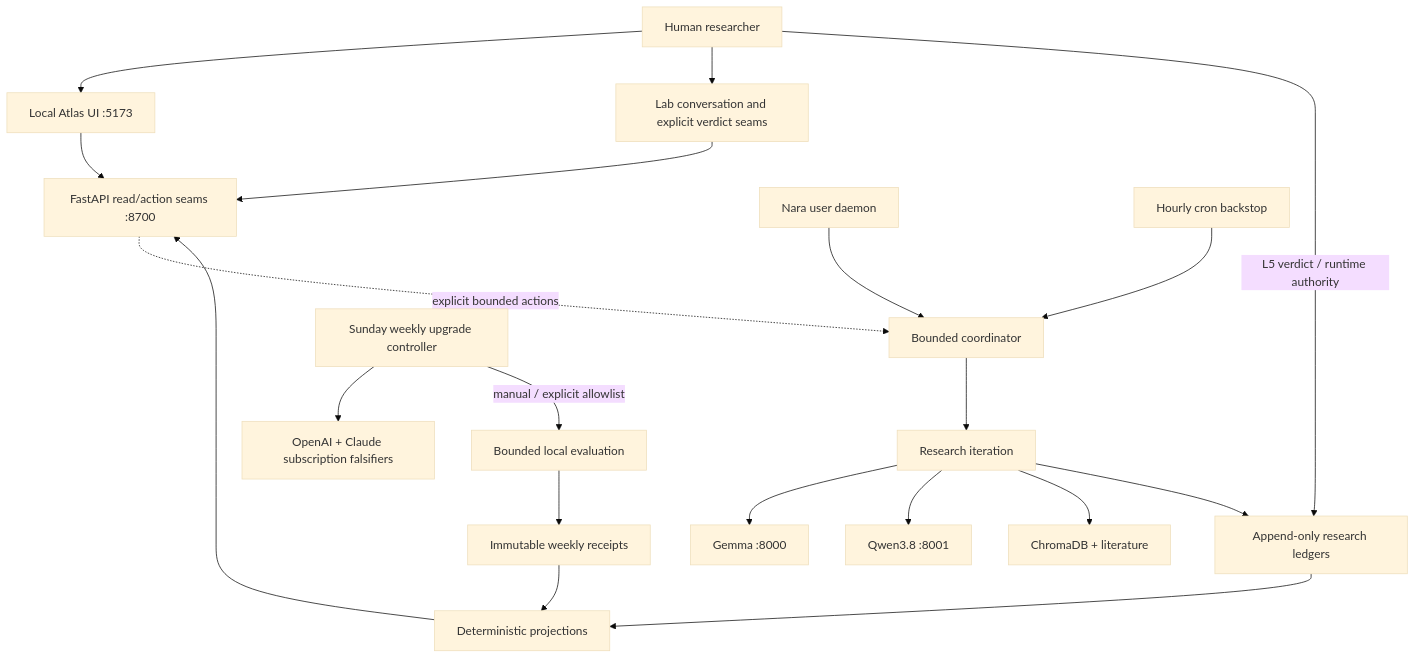
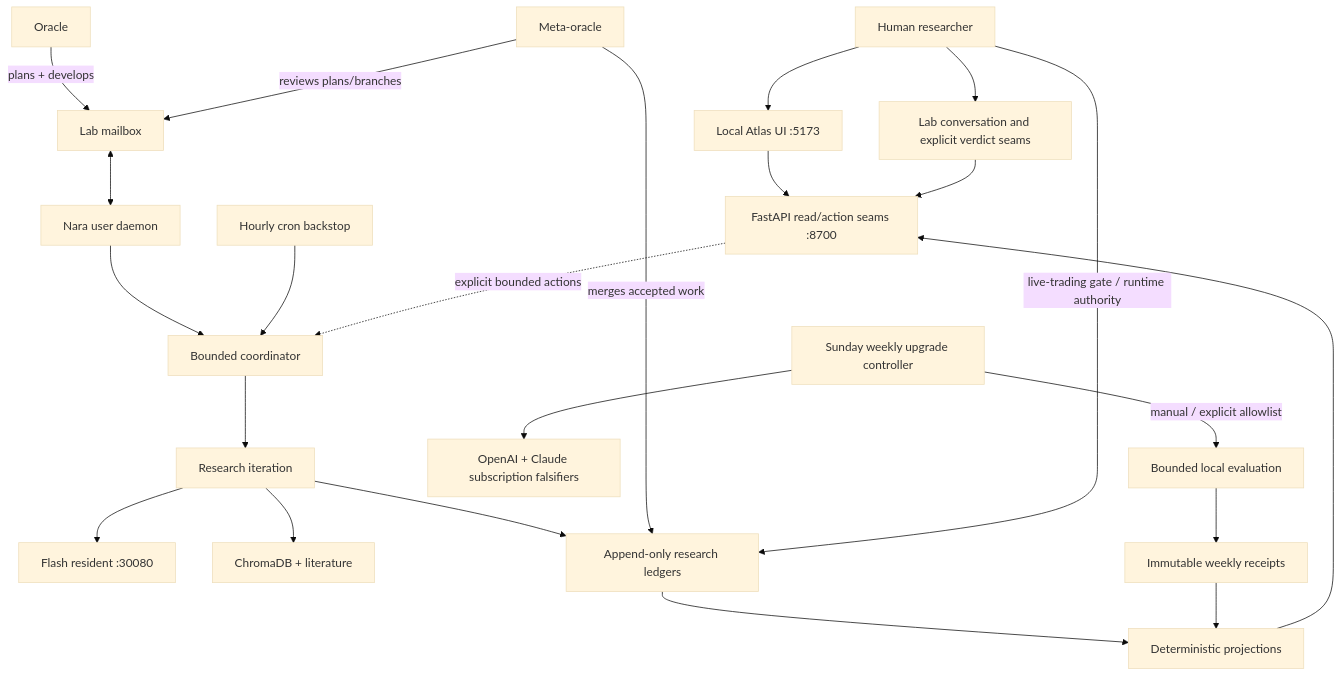
One commit to decross1/a_bgt_rsi changed the first of 3 diagrams in ARCHITECTURE.md. Above: the diagram before and after it, drawn with Mermaid (base theme). The commit also changed other lines of this file and 44 other files, not shown here.

````diff
--- a/ARCHITECTURE.md
+++ b/ARCHITECTURE.md
@@ -44,25 +51,29 @@
 ```mermaid
 flowchart TB
     H[Human researcher] --> UI[Local Atlas UI :5173]
     UI --> API[FastAPI read/action seams :8700]
     H --> CH[Lab conversation and explicit verdict seams]
     CH --> API
 
     ND[Nara user daemon] --> CO[Bounded coordinator]
     CR[Hourly cron backstop] --> CO
     CO --> IT[Research iteration]
-    IT --> G[Gemma :8000]
-    IT --> Q[Qwen3.8 :8001]
+    IT --> FL[Flash resident :30080]
     IT --> KB[ChromaDB + literature]
     IT --> EL[Append-only research ledgers]
     EL --> PR[Deterministic projections]
     PR --> API
+
+    OR[Oracle] -->|plans + develops| MB[Lab mailbox]
+    MB <--> ND
+    MO[Meta-oracle] -->|reviews plans/branches| MB
+    MO -->|merges accepted work| EL
 
     W[Sunday weekly upgrade controller] --> FA[OpenAI + Claude subscription falsifiers]
     W -->|manual / explicit allowlist| EV[Bounded local evaluation]
     EV --> WR[Immutable weekly receipts]
     WR --> PR
 
     API -. explicit bounded actions .-> CO
-    H -->|L5 verdict / runtime authority| EL
+    H -->|live-trading gate / runtime authority| EL
 ```
````
